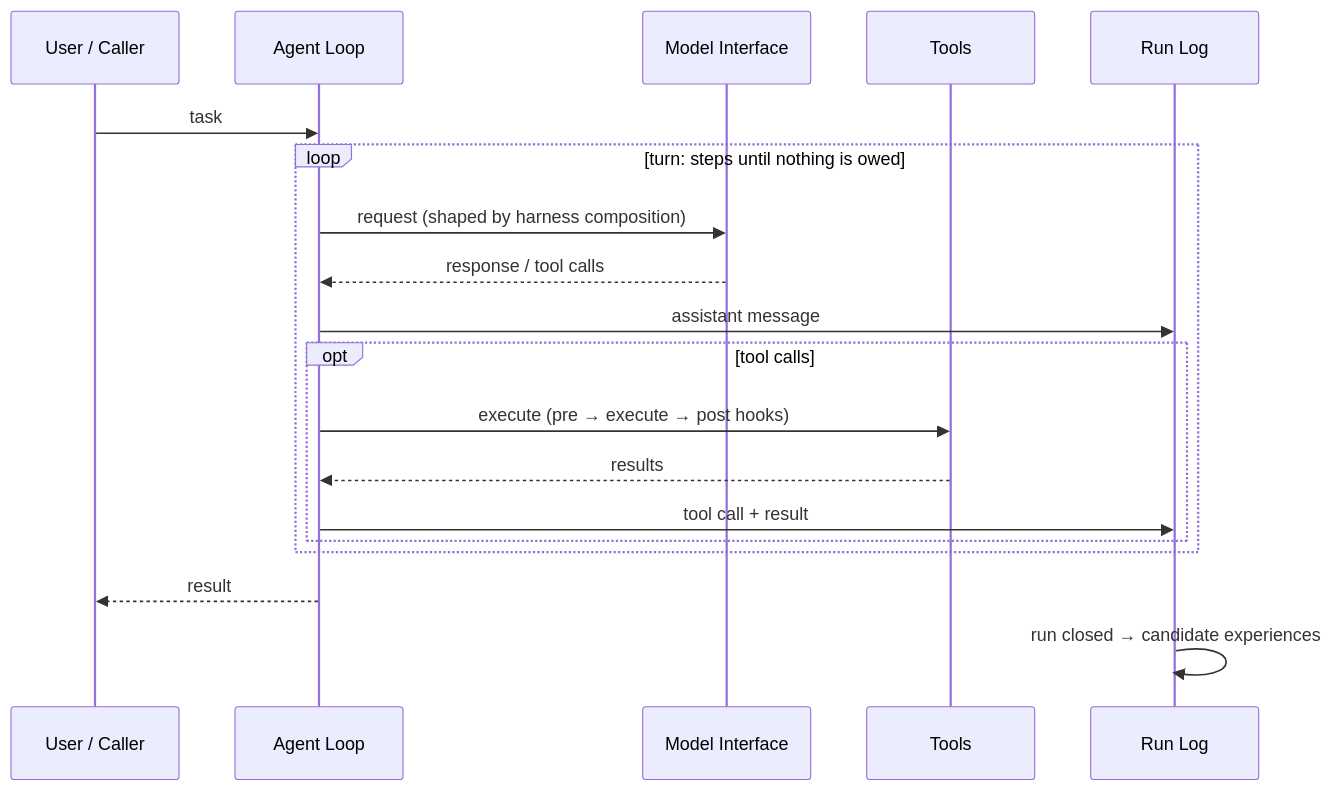
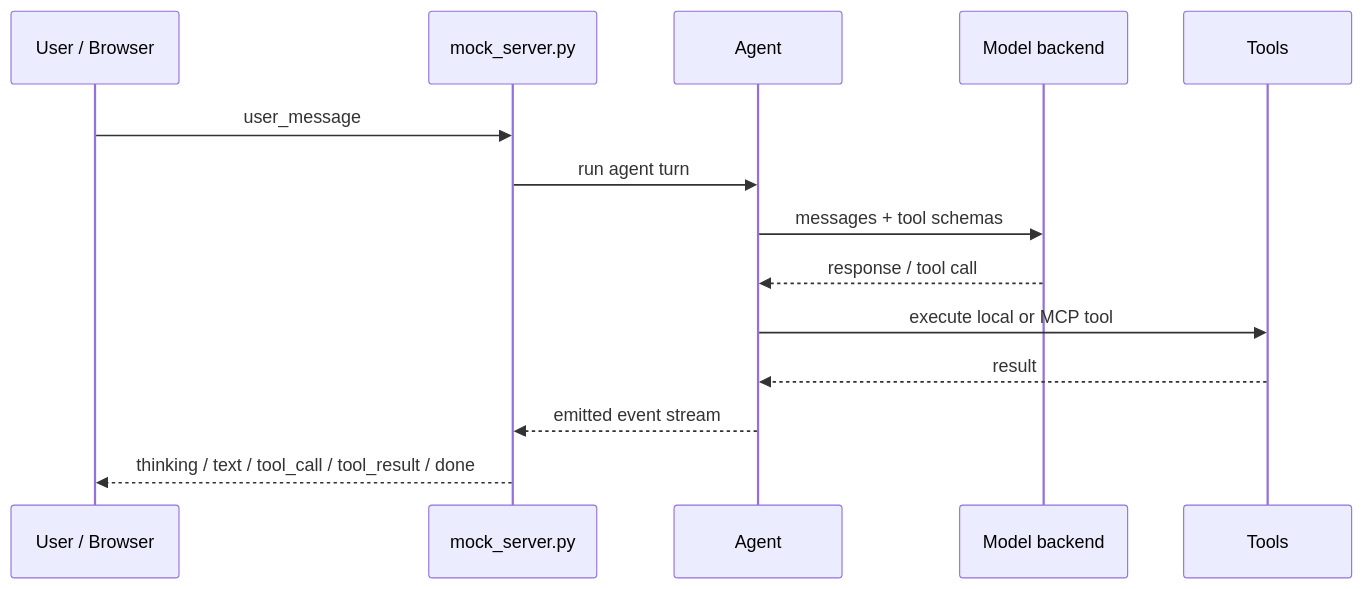
Before and after one commit to LS-Stray-Synapses/Axol: the second of 2 diagrams in docs/Architecture/Overview.md, drawn with Mermaid. The commit also changed other lines of this file and 16 other files, not shown here.

````diff
--- a/docs/Architecture/Overview.md
+++ b/docs/Architecture/Overview.md
@@ -62,21 +55,17 @@
 ```mermaid
 sequenceDiagram
-    participant U as User / Caller
-    participant L as Agent Loop
-    participant M as Model Interface
+    participant U as User / Browser
+    participant H as mock_server.py
+    participant A as Agent
+    participant M as Model backend
     participant T as Tools
-    participant Log as Run Log
-    U->>L: task
-    loop turn: steps until nothing is owed
-        L->>M: request (shaped by harness composition)
-        M-->>L: response / tool calls
-        L->>Log: assistant message
-        opt tool calls
-            L->>T: execute (pre → execute → post hooks)
-            T-->>L: results
-            L->>Log: tool call + result
-        end
-    end
-    L-->>U: result
-    Log->>Log: run closed → candidate experiences
+
+    U->>H: user_message
+    H->>A: run agent turn
+    A->>M: messages + tool schemas
+    M-->>A: response / tool call
+    A->>T: execute local or MCP tool
+    T-->>A: result
+    A-->>H: emitted event stream
+    H-->>U: thinking / text / tool_call / tool_result / done
 ```
````
